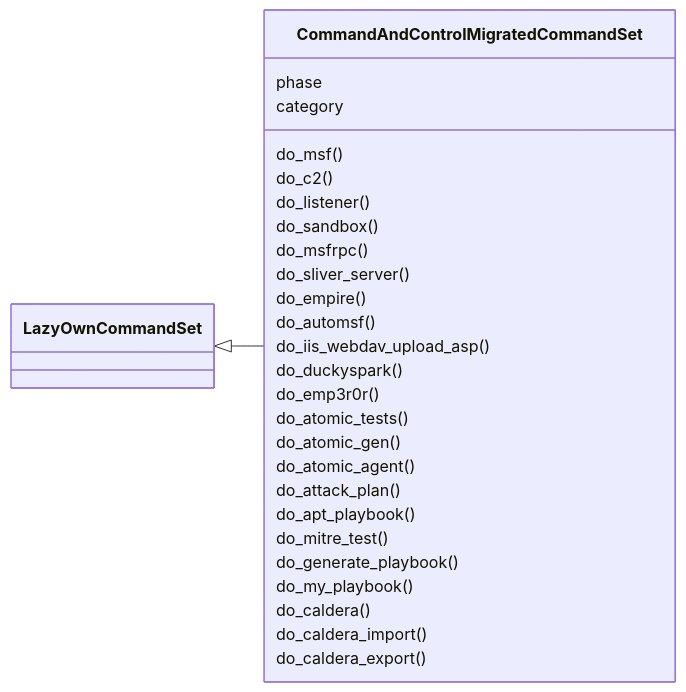
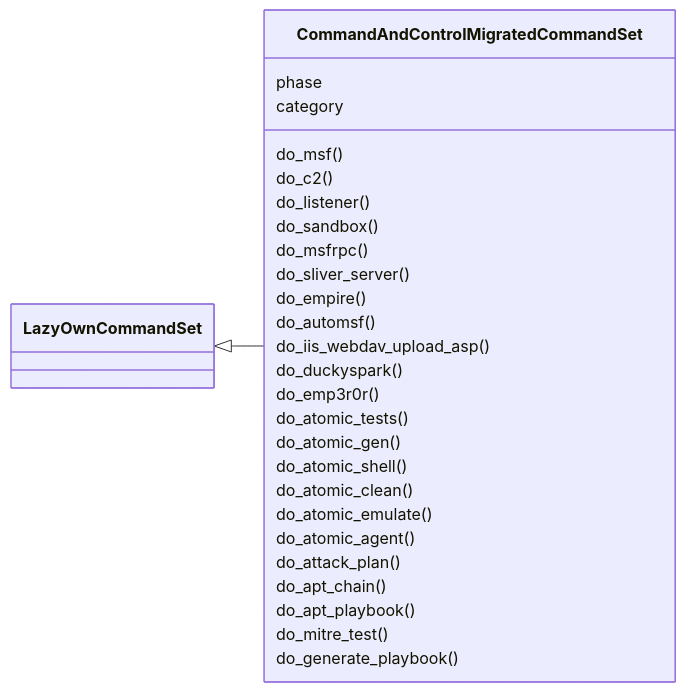
One commit to grisuno/LazyOwn changed the first of 2 diagrams in readmenator-apidocs/modules/cli.commands.command_and_control_migrated.py.md. Above: the diagram before and after it, drawn with Mermaid. The commit also changed other lines of this file and 472 other files, not shown here.

````diff
--- a/readmenator-apidocs/modules/cli.commands.command_and_control_migrated.py.md
+++ b/readmenator-apidocs/modules/cli.commands.command_and_control_migrated.py.md
@@ -15,31 +15,31 @@
 ```mermaid
 classDiagram
     direction LR
     class CommandAndControlMigratedCommandSet
     CommandAndControlMigratedCommandSet : phase
     CommandAndControlMigratedCommandSet : category
     CommandAndControlMigratedCommandSet : do_msf()
     CommandAndControlMigratedCommandSet : do_c2()
     CommandAndControlMigratedCommandSet : do_listener()
     CommandAndControlMigratedCommandSet : do_sandbox()
     CommandAndControlMigratedCommandSet : do_msfrpc()
     CommandAndControlMigratedCommandSet : do_sliver_server()
     CommandAndControlMigratedCommandSet : do_empire()
     CommandAndControlMigratedCommandSet : do_automsf()
     CommandAndControlMigratedCommandSet : do_iis_webdav_upload_asp()
     CommandAndControlMigratedCommandSet : do_duckyspark()
     CommandAndControlMigratedCommandSet : do_emp3r0r()
     CommandAndControlMigratedCommandSet : do_atomic_tests()
     CommandAndControlMigratedCommandSet : do_atomic_gen()
+    CommandAndControlMigratedCommandSet : do_atomic_shell()
+    CommandAndControlMigratedCommandSet : do_atomic_clean()
+    CommandAndControlMigratedCommandSet : do_atomic_emulate()
     CommandAndControlMigratedCommandSet : do_atomic_agent()
     CommandAndControlMigratedCommandSet : do_attack_plan()
+    CommandAndControlMigratedCommandSet : do_apt_chain()
     CommandAndControlMigratedCommandSet : do_apt_playbook()
     CommandAndControlMigratedCommandSet : do_mitre_test()
     CommandAndControlMigratedCommandSet : do_generate_playbook()
-    CommandAndControlMigratedCommandSet : do_my_playbook()
-    CommandAndControlMigratedCommandSet : do_caldera()
-    CommandAndControlMigratedCommandSet : do_caldera_import()
-    CommandAndControlMigratedCommandSet : do_caldera_export()
     class LazyOwnCommandSet
     LazyOwnCommandSet <|-- CommandAndControlMigratedCommandSet
 ```
````
